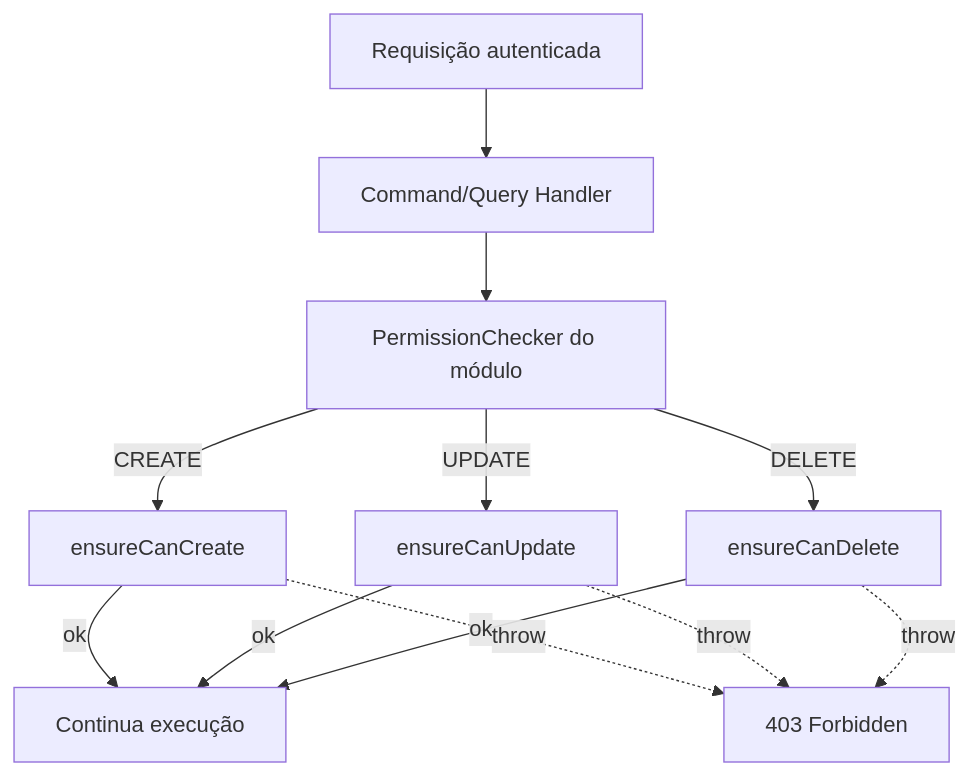
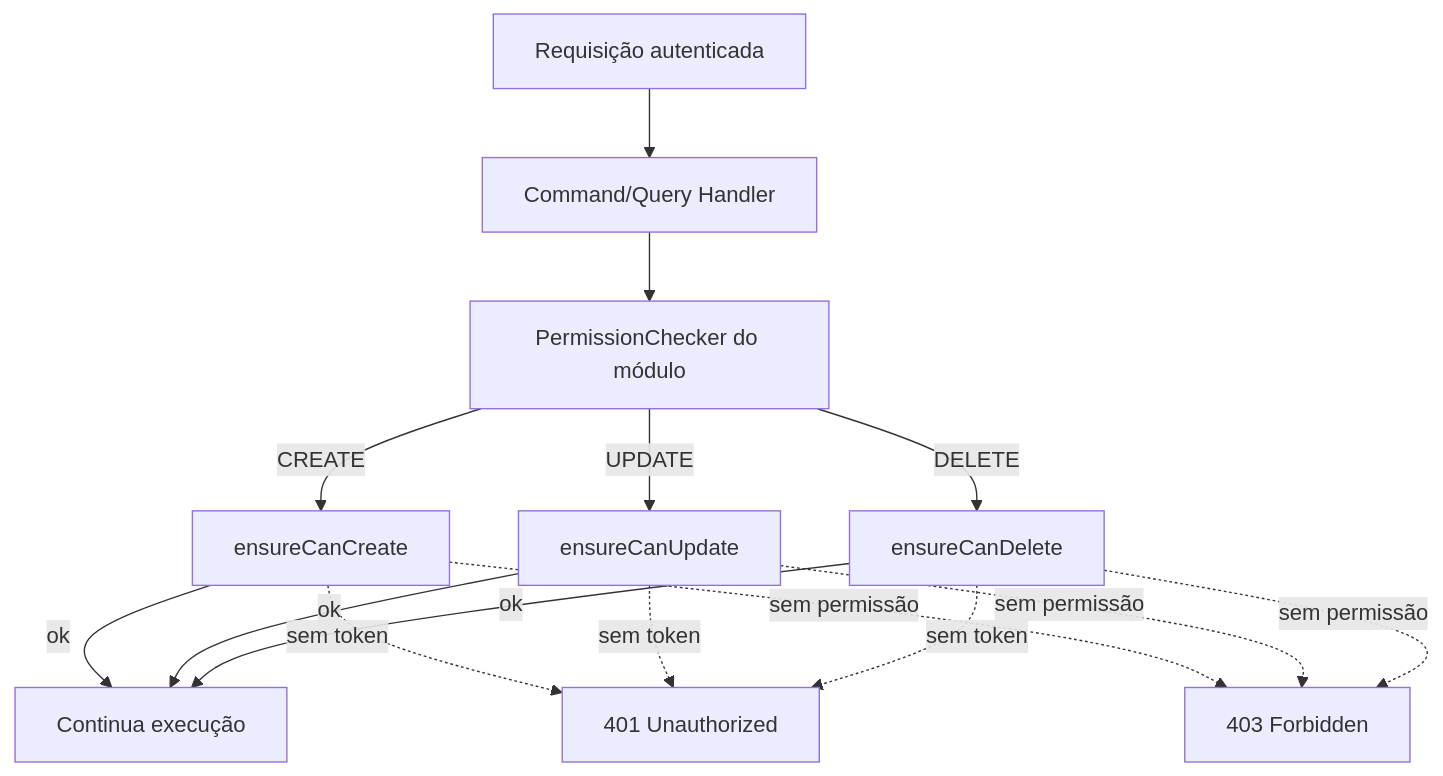
One commit to ladesa-ro/management-service changed the second of 2 diagrams in docs/arquitetura/autenticacao-e-autorizacao.md. Above: the diagram before and after it, drawn with Mermaid. The commit also changed other lines of this file, not shown here.

````diff
--- a/docs/arquitetura/autenticacao-e-autorizacao.md
+++ b/docs/arquitetura/autenticacao-e-autorizacao.md
@@ -54,10 +54,11 @@
 ```mermaid
 flowchart TD
     REQ["Requisição autenticada"] --> HANDLER["Command/Query Handler"]
     HANDLER --> PC["PermissionChecker do módulo"]
     PC -->|CREATE| CAN_C["ensureCanCreate"]
     PC -->|UPDATE| CAN_U["ensureCanUpdate"]
     PC -->|DELETE| CAN_D["ensureCanDelete"]
     CAN_C & CAN_U & CAN_D -->|ok| CONTINUE["Continua execução"]
-    CAN_C & CAN_U & CAN_D -.->|throw| DENIED["403 Forbidden"]
+    CAN_C & CAN_U & CAN_D -.->|sem token| UNAUTH["401 Unauthorized"]
+    CAN_C & CAN_U & CAN_D -.->|sem permissão| FORBID["403 Forbidden"]
 ```
````
